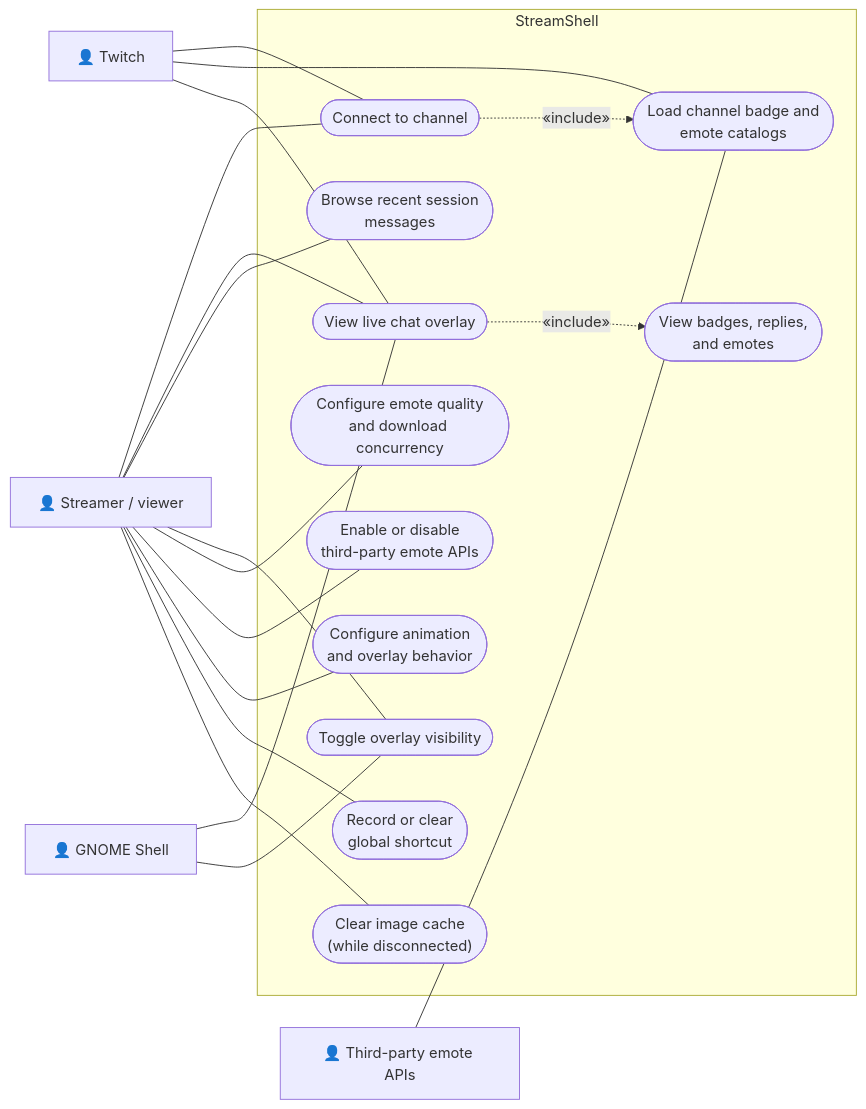
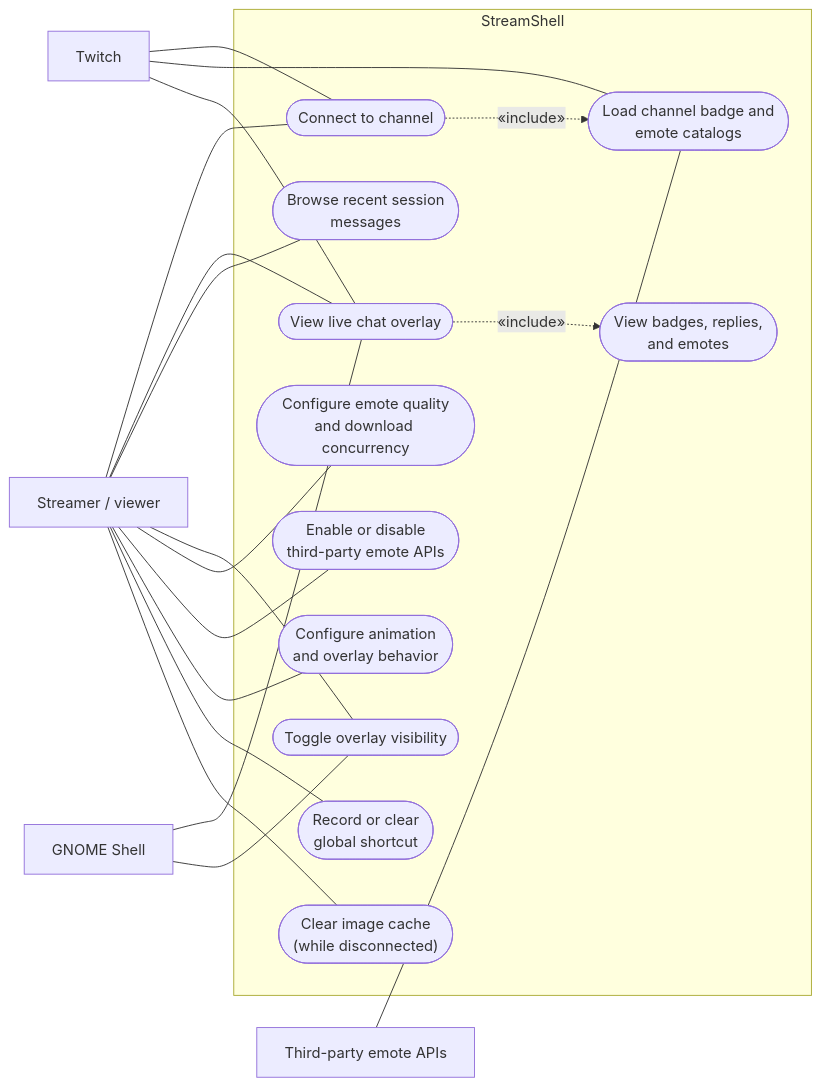
The second of 2 diagrams in docs/architecture/05-deployment-and-use-cases.md (tachirula/StreamShell), drawn with Mermaid before and after one commit.

Commit message:
Refine labels in UML use-case diagram
Updated UML use-case diagram labels for clarity.

````diff
--- a/docs/architecture/05-deployment-and-use-cases.md
+++ b/docs/architecture/05-deployment-and-use-cases.md
@@ -74,40 +74,40 @@
 ```mermaid
 flowchart LR
-  User["👤 Streamer / viewer"]
-  Twitch["👤 Twitch"]
-  EmoteAPIs["👤 Third-party emote APIs"]
-  Shell["👤 GNOME Shell"]
+  User["Streamer / viewer"]
+  Twitch["Twitch"]
+  EmoteAPIs["Third-party emote APIs"]
+  Shell["GNOME Shell"]
 
   subgraph System["StreamShell"]
     Connect(["Connect to channel"])
     Catalogs(["Load channel badge and<br/>emote catalogs"])
     ViewChat(["View live chat overlay"])
     RichChat(["View badges, replies,<br/>and emotes"])
     History(["Browse recent session<br/>messages"])
     Toggle(["Toggle overlay visibility"])
     Assets(["Configure emote quality<br/>and download concurrency"])
     ThirdParty(["Enable or disable<br/>third-party emote APIs"])
     OverlayPrefs(["Configure animation<br/>and overlay behavior"])
     Shortcut(["Record or clear<br/>global shortcut"])
     ClearCache(["Clear image cache<br/>(while disconnected)"])
   end
 
   User --- Connect
   User --- ViewChat
   User --- History
   User --- Toggle
   User --- Assets
   User --- ThirdParty
   User --- OverlayPrefs
   User --- Shortcut
   User --- ClearCache
   Twitch --- Connect
   Twitch --- Catalogs
   Twitch --- ViewChat
   EmoteAPIs --- Catalogs
   Shell --- ViewChat
   Shell --- Toggle
 
   ViewChat -.->|"«include»"| RichChat
   Connect -.->|"«include»"| Catalogs
 ```
````
